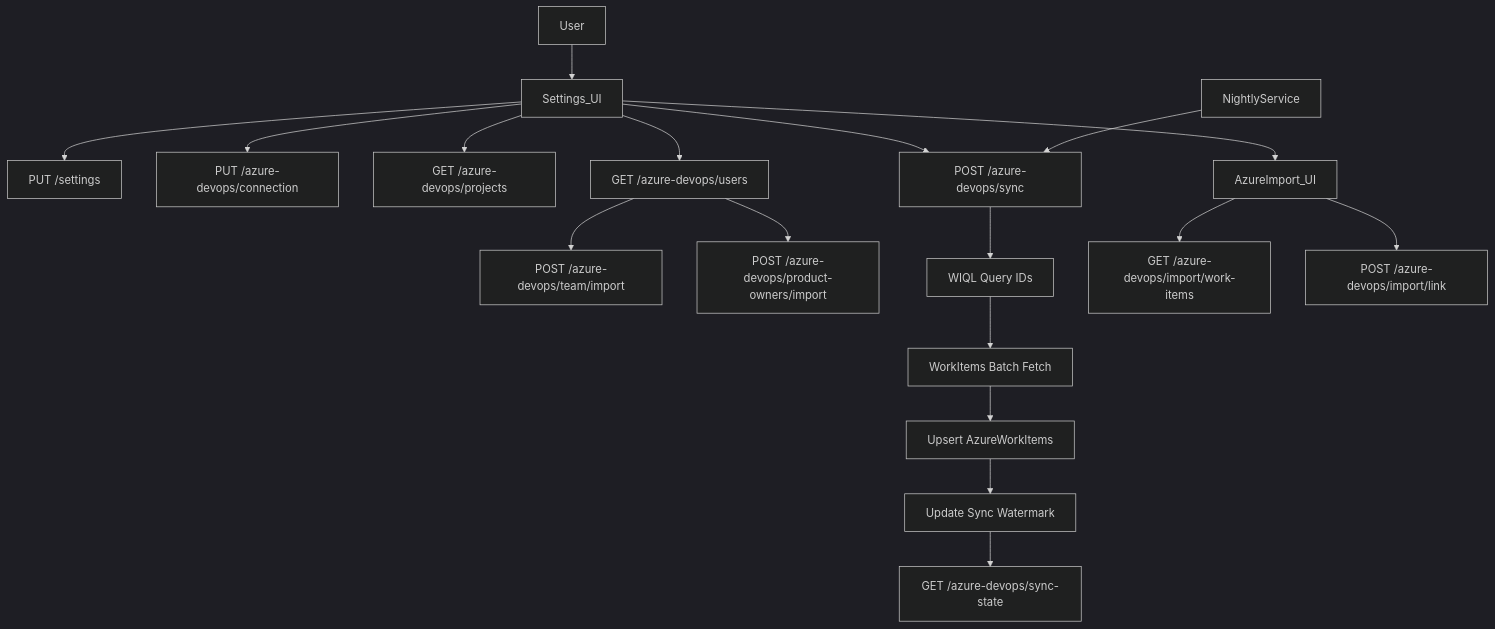
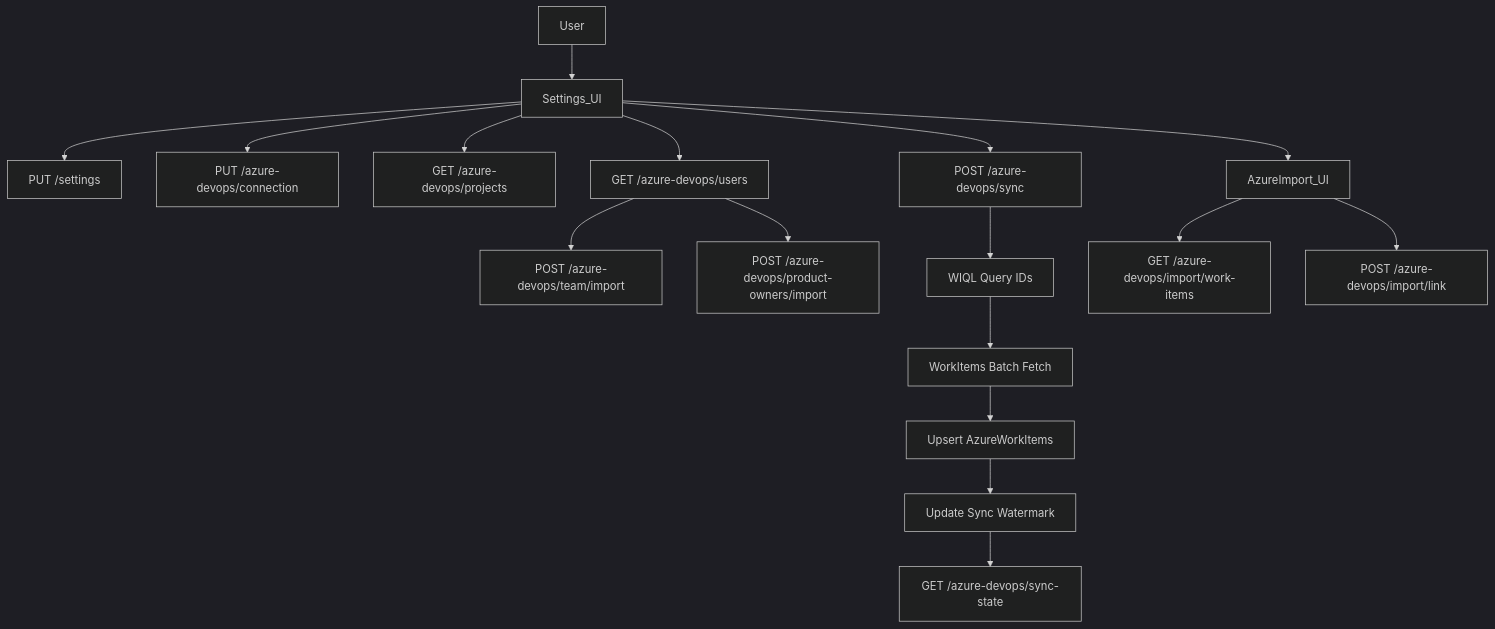
One commit to smithhe/Atlas changed the diagram in docs/azure-devops-sync-flow.md. Above: the diagram before and after it, drawn with Mermaid (dark theme). The commit also changed other lines of this file and 56 other files, not shown here.

````diff
--- a/docs/azure-devops-sync-flow.md
+++ b/docs/azure-devops-sync-flow.md
@@ -3,24 +3,22 @@
 ```mermaid
 flowchart TD
     user[User] --> settingsUi[Settings_UI]
     settingsUi --> saveSettings["PUT /settings"]
     settingsUi --> saveConnection["PUT /azure-devops/connection"]
 
     settingsUi --> listProjects["GET /azure-devops/projects"]
     settingsUi --> listUsers["GET /azure-devops/users"]
     listUsers --> importTeam["POST /azure-devops/team/import"]
     listUsers --> importProductOwners["POST /azure-devops/product-owners/import"]
 
     settingsUi --> syncNow["POST /azure-devops/sync"]
     syncNow --> wiql["WIQL Query IDs"]
     wiql --> batchFetch["WorkItems Batch Fetch"]
     batchFetch --> upsertDb["Upsert AzureWorkItems"]
     upsertDb --> updateState["Update Sync Watermark"]
     updateState --> syncState["GET /azure-devops/sync-state"]
 
     settingsUi --> importPage[AzureImport_UI]
     importPage --> listImport["GET /azure-devops/import/work-items"]
     importPage --> linkItems["POST /azure-devops/import/link"]
-
-    nightly[NightlyService] --> syncNow
 ```
````
